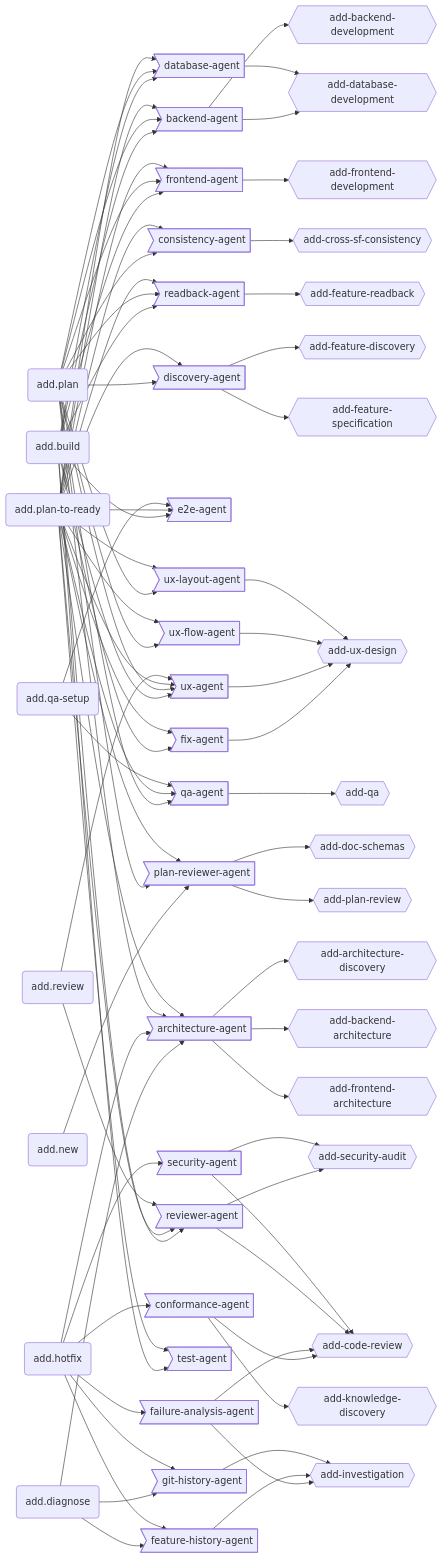
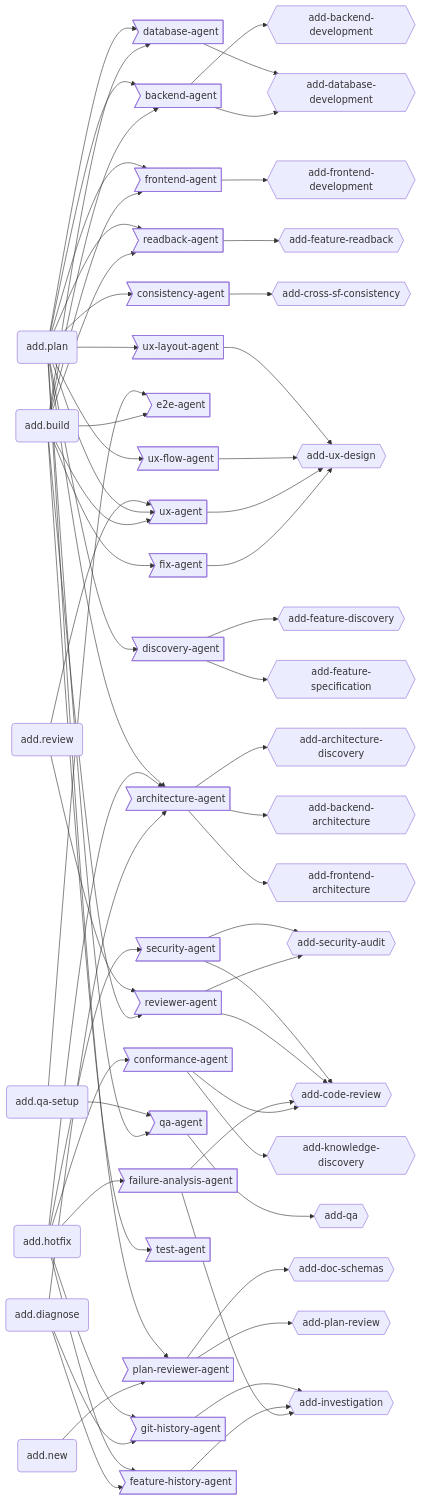
Before and after one commit to brabos-ai/code-addiction: the third of 3 diagrams in ecosystem.md, drawn with Mermaid. The commit also changed other lines of this file and 2 other files, not shown here.

First line of the commit message:
docs(sync): reflect add.plan-to-ready removal and add-delivery-mode addition

````diff
--- a/ecosystem.md
+++ b/ecosystem.md
@@ -92,81 +92,79 @@
 ```mermaid
 graph LR
   BUILD(add.build)
   DIAGNOSE(add.diagnose)
   HOTFIX(add.hotfix)
   NEW(add.new)
   PLAN(add.plan)
-  PLANTOREADY(add.plan-to-ready)
   QASETUP(add.qa-setup)
   REVIEW(add.review)
 
   ARA>architecture-agent]
   BAA>backend-agent]
   COA>conformance-agent]
   CSA>consistency-agent]
   DAA>database-agent]
   DIA>discovery-agent]
   E2A>e2e-agent]
   FAA>failure-analysis-agent]
   FEHIA>feature-history-agent]
   FIA>fix-agent]
   FRA>frontend-agent]
   GIHIA>git-history-agent]
   PRA>plan-reviewer-agent]
   QAA>qa-agent]
   REA>reviewer-agent]
   RBA>readback-agent]
   SEA>security-agent]
   TEA>test-agent]
   UXA>ux-agent]
   UXFLA>ux-flow-agent]
   UXLAA>ux-layout-agent]
 
   ARDI{{add-architecture-discovery}}
   BAAR{{add-backend-architecture}}
   BADE{{add-backend-development}}
   CORE{{add-code-review}}
   CSC{{add-cross-sf-consistency}}
   DADE{{add-database-development}}
   DOSC{{add-doc-schemas}}
   FEDI{{add-feature-discovery}}
   FERB{{add-feature-readback}}
   FESP{{add-feature-specification}}
   FRAR{{add-frontend-architecture}}
   FRDE{{add-frontend-development}}
   IN{{add-investigation}}
   KNDI{{add-knowledge-discovery}}
   PRV{{add-plan-review}}
   QA{{add-qa}}
   SEAU{{add-security-audit}}
   UXDE{{add-ux-design}}
 
   BUILD --> BAA & DAA & E2A & FIA & FRA & RBA & REA & TEA & UXA
   DIAGNOSE --> ARA & FEHIA & GIHIA
   HOTFIX --> ARA & COA & FAA & FEHIA & GIHIA & SEA
   NEW --> PRA
   PLAN --> ARA & BAA & CSA & DAA & DIA & FRA & PRA & QAA & RBA & UXA & UXFLA & UXLAA
-  PLANTOREADY --> ARA & BAA & CSA & DAA & DIA & E2A & FIA & FRA & PRA & QAA & RBA & REA & TEA & UXA & UXFLA & UXLAA
   QASETUP --> E2A & QAA
   REVIEW --> REA & UXA
 
   ARA --> ARDI & BAAR & FRAR
   BAA --> BADE & DADE
   COA --> CORE & KNDI
   CSA --> CSC
   DAA --> DADE
   DIA --> FEDI & FESP
   FAA --> CORE & IN
   FEHIA --> IN
   FIA --> UXDE
   FRA --> FRDE
   GIHIA --> IN
   PRA --> DOSC & PRV
   QAA --> QA
   REA --> CORE & SEAU
   RBA --> FERB
   SEA --> CORE & SEAU
   UXA --> UXDE
   UXFLA --> UXDE
   UXLAA --> UXDE
 ```
````
